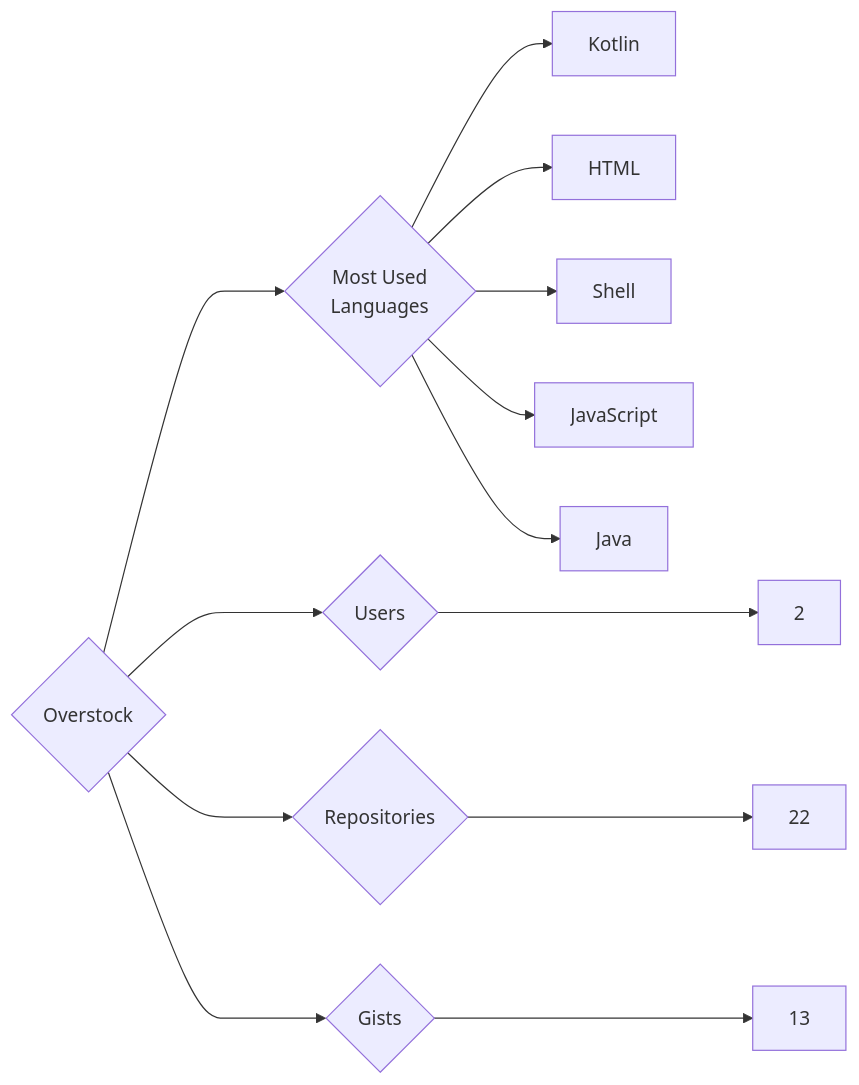
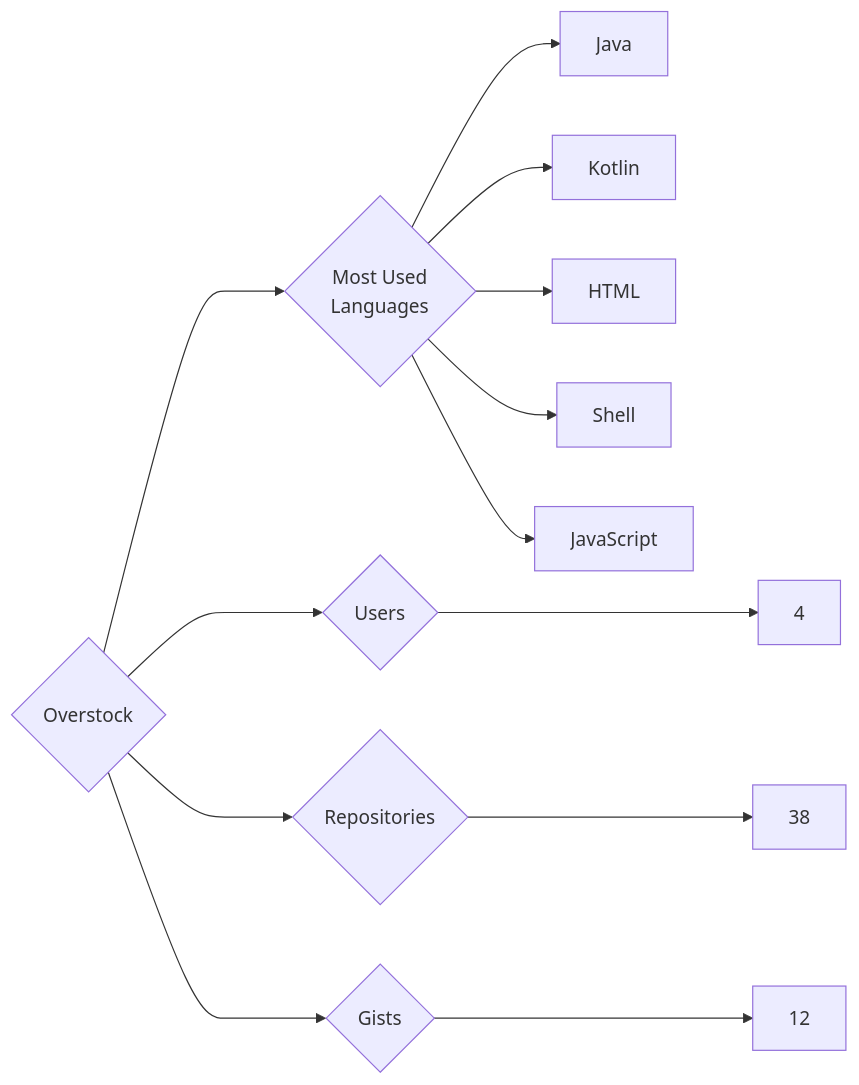
The diagram in targets/Overstock/README.md (trickest/insiders), drawn with Mermaid before and after one commit. The commit also changed 953 other files, not shown here.

````diff
--- a/targets/Overstock/README.md
+++ b/targets/Overstock/README.md
@@ -3,13 +3,13 @@
 ```mermaid
 graph LR
 COMPANY_NAME{Overstock}
-COMPANY_NAME ---> U{Users} ---> UN[2]
-COMPANY_NAME ---> R{Repositories} ---> RN[22]
-COMPANY_NAME ---> G{Gists} ---> GN[13]
+COMPANY_NAME ---> U{Users} ---> UN[4]
+COMPANY_NAME ---> R{Repositories} ---> RN[38]
+COMPANY_NAME ---> G{Gists} ---> GN[12]
 COMPANY_NAME ---> ML{Most Used<br>Languages}
+ML --> Java[Java]
 ML --> Kotlin[Kotlin]
 ML --> HTML[HTML]
 ML --> Shell[Shell]
 ML --> JavaScript[JavaScript]
-ML --> Java[Java]
 ```
````
